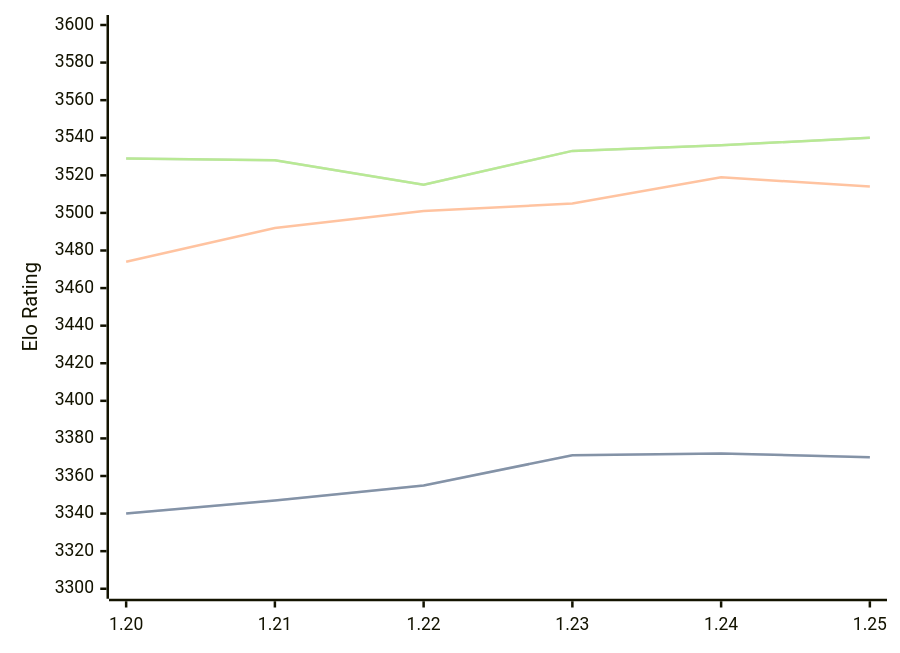
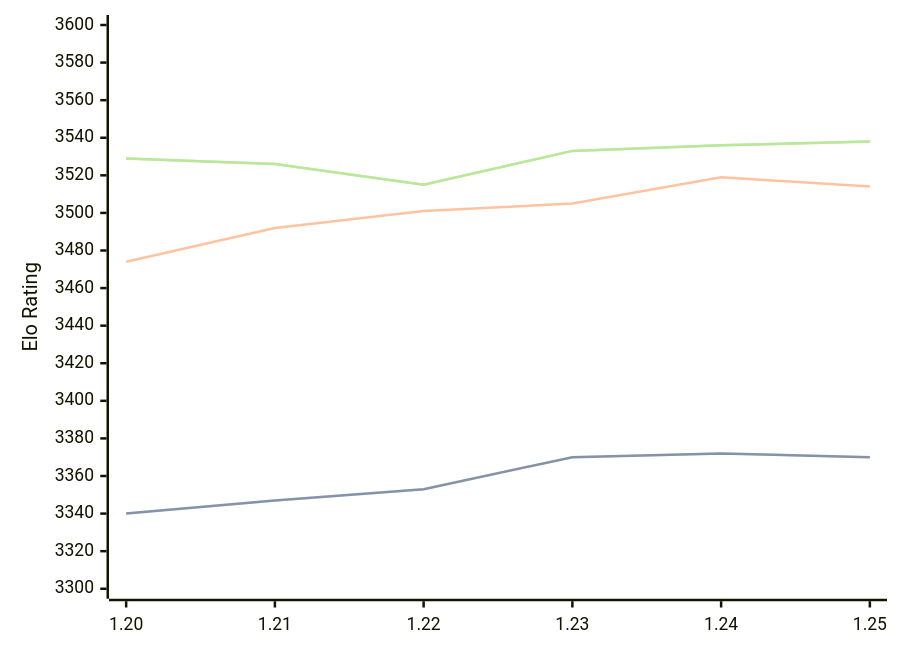
The third of 3 diagrams in engines/Caissa.md (computer-chess-index/cci), drawn with Mermaid before and after one commit. The commit also changed other lines of this file, not shown here.

Commit message:
Update CCI Ratings (ELO VLTC) - 2026-06-20

````diff
--- a/engines/Caissa.md
+++ b/engines/Caissa.md
@@ -98,11 +98,11 @@
 ```mermaid
 %%{init: {"theme":"base","themeVariables":{"seriesColors:['#a3a3a3','#222221','#faa371']}}}%%
 xychart-beta
   x-axis ["1.20", "1.21", "1.22", "1.23", "1.24", "1.25"]
   y-axis "Elo Rating" 3300 --> 3600
-  line "STC (8.0+0.08s)" [3340, 3347, 3355, 3371, 3372, 3370]
-  line "STC (8.0+0.08s)" [3340, 3347, 3355, 3371, 3372, 3370]
+  line "STC (8.0+0.08s)" [3340, 3347, 3353, 3370, 3372, 3370]
+  line "STC (8.0+0.08s)" [3340, 3347, 3353, 3370, 3372, 3370]
   line "LTC (60.0+0.60s)" [3474, 3492, 3501, 3505, 3519, 3514]
-  line "VLTC (2m24s+1.12s)" [3529, 3528, 3515, 3533, 3536, 3540]
-  line "VLTC (2m24s+1.12s)" [3529, 3528, 3515, 3533, 3536, 3540]
+  line "VLTC (2m24s+1.12s)" [3529, 3526, 3515, 3533, 3536, 3538]
+  line "VLTC (2m24s+1.12s)" [3529, 3526, 3515, 3533, 3536, 3538]
 ```
````
